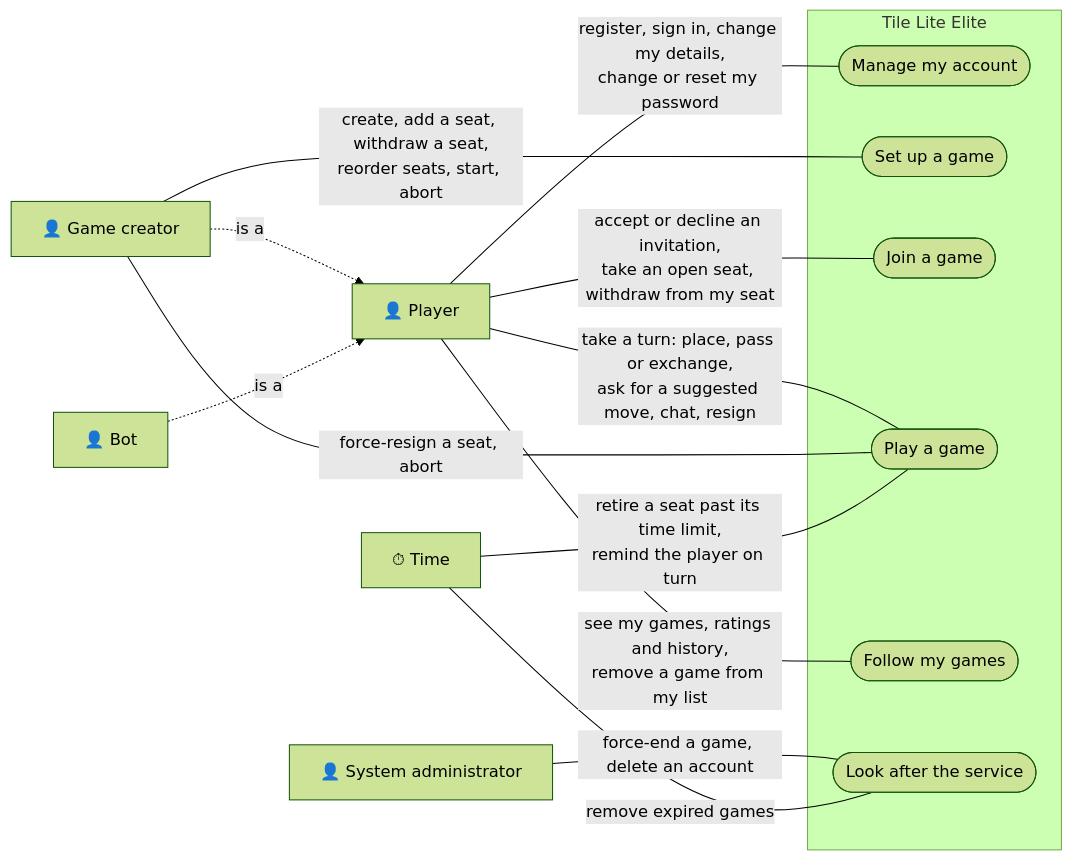
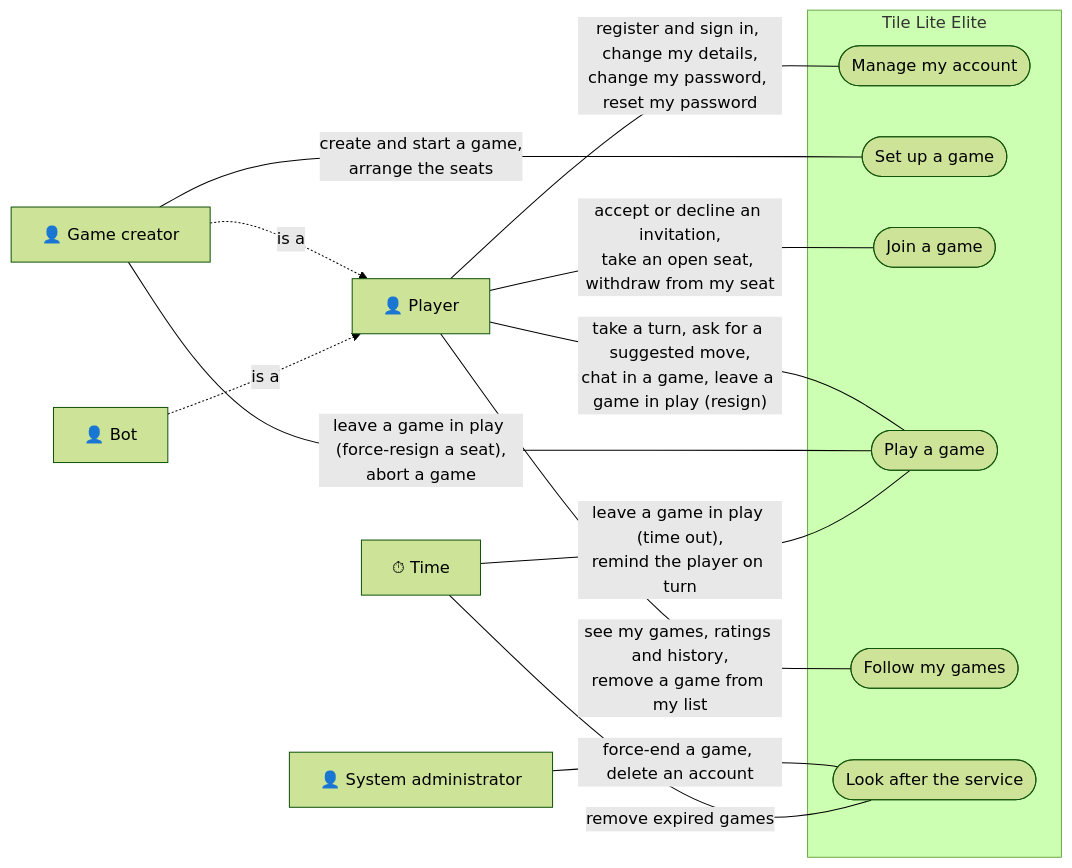
Before and after one commit to delphside/programme: the first of 29 diagrams in docs/changes/workstreams/application-game-architecture/71-one-game-model/71-functional.md, drawn with Mermaid (forest theme). The commit also changed other lines of this file and 1 other file, not shown here.

````diff
--- a/docs/changes/workstreams/application-game-architecture/71-one-game-model/71-functional.md
+++ b/docs/changes/workstreams/application-game-architecture/71-one-game-model/71-functional.md
@@ -26,30 +26,30 @@
 ```mermaid
 flowchart LR
   player["👤 Player"]
   creator["👤 Game creator"]
   bot["👤 Bot"]
   admin["👤 System administrator"]
   time["⏱ Time"]
 
   creator -. "is a" .-> player
   bot -. "is a" .-> player
 
   subgraph service["Tile Lite Elite"]
     account(["Manage my account"])
     setup(["Set up a game"])
     join(["Join a game"])
     play(["Play a game"])
     follow(["Follow my games"])
     administer(["Look after the service"])
   end
 
-  player -- "register, sign in, change my details,<br/>change or reset my password" --- account
-  creator -- "create, add a seat, withdraw a seat,<br/>reorder seats, start, abort" --- setup
+  player -- "register and sign in, change my details,<br/>change my password, reset my password" --- account
+  creator -- "create and start a game,<br/>arrange the seats" --- setup
   player -- "accept or decline an invitation,<br/>take an open seat, withdraw from my seat" --- join
-  player -- "take a turn: place, pass or exchange,<br/>ask for a suggested move, chat, resign" --- play
-  creator -- "force-resign a seat, abort" --- play
-  time -- "retire a seat past its time limit,<br/>remind the player on turn" --- play
+  player -- "take a turn, ask for a suggested move,<br/>chat in a game, leave a game in play (resign)" --- play
+  creator -- "leave a game in play (force-resign a seat),<br/>abort a game" --- play
+  time -- "leave a game in play (time out),<br/>remind the player on turn" --- play
   player -- "see my games, ratings and history,<br/>remove a game from my list" --- follow
   admin -- "force-end a game, delete an account" --- administer
   time -- "remove expired games" --- administer
 ```
````
